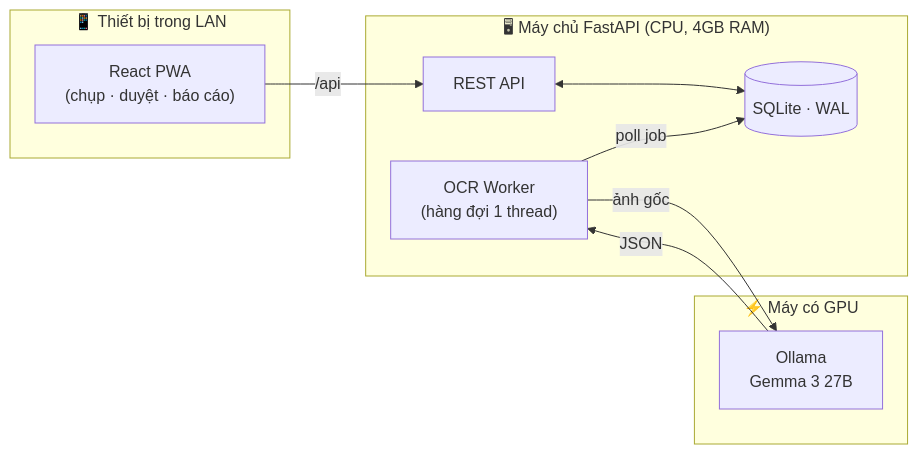
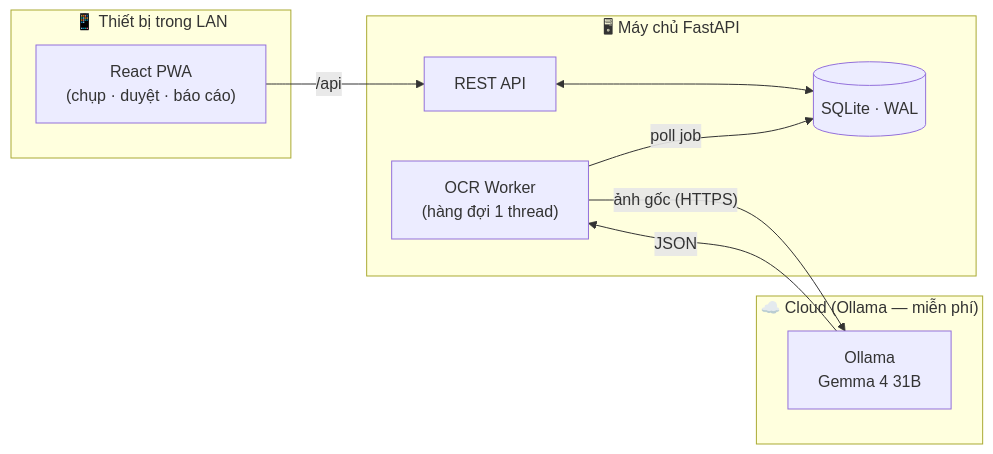
Before and after one commit to Namdevv/finos_hotel: the second of 2 diagrams in README.md, drawn with Mermaid. The commit also changed other lines of this file, not shown here.

First line of the commit message:
docs: cập nhật README phản ánh OCR chạy cloud miễn phí và thêm hướng dẫn Docker

````diff
--- a/README.md
+++ b/README.md
@@ -88,22 +89,22 @@
 ```mermaid
 flowchart LR
     subgraph Client["📱 Thiết bị trong LAN"]
         UI["React PWA<br/>(chụp · duyệt · báo cáo)"]
     end
 
-    subgraph Server["🖥 Máy chủ FastAPI (CPU, 4GB RAM)"]
+    subgraph Server["🖥 Máy chủ FastAPI"]
         API["REST API"]
         Worker["OCR Worker<br/>(hàng đợi 1 thread)"]
         DB[("SQLite · WAL")]
     end
 
-    subgraph GPU["⚡ Máy có GPU"]
-        Ollama["Ollama<br/>Gemma 3 27B"]
+    subgraph Cloud["☁️ Cloud (Ollama — miễn phí)"]
+        Ollama["Ollama<br/>Gemma 4 31B"]
     end
 
     UI -- "/api" --> API
     API <--> DB
     Worker -- "poll job" --> DB
-    Worker -- "ảnh gốc" --> Ollama
+    Worker -- "ảnh gốc (HTTPS)" --> Ollama
     Ollama -- "JSON" --> Worker
 ```
````
